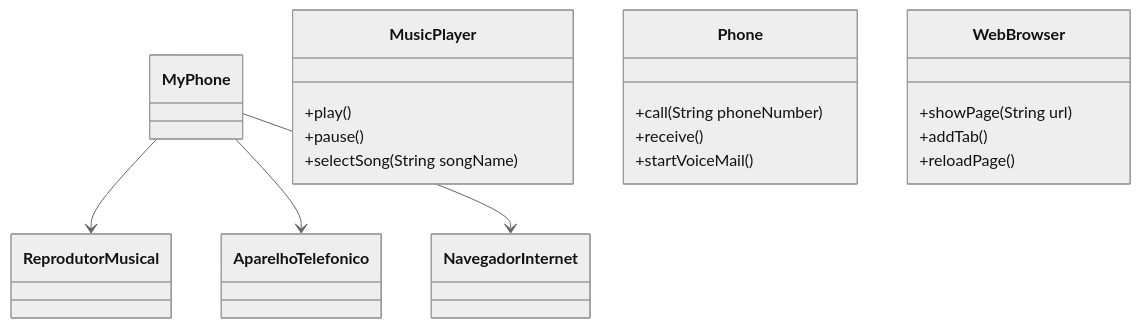
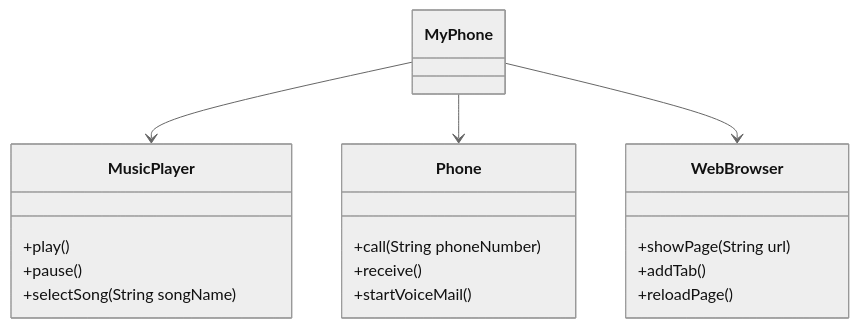
One commit to nadjiel/java-studies changed the diagram in src/main/java/dev/java_studies/my_phone/README.md. Above: the diagram before and after it, drawn with Mermaid (neutral theme).

Commit message:
:books: (MyPhone) fixed error in README

````diff
--- a/src/main/java/dev/java_studies/my_phone/README.md
+++ b/src/main/java/dev/java_studies/my_phone/README.md
@@ -5,28 +5,28 @@
 ```mermaid
 classDiagram
 
     class MyPhone {
     }
 
-    MyPhone --> ReprodutorMusical
-    MyPhone --> AparelhoTelefonico
-    MyPhone --> NavegadorInternet
+    MyPhone --> MusicPlayer
+    MyPhone --> Phone
+    MyPhone --> WebBrowser
     
     class MusicPlayer {
         +play()
         +pause()
         +selectSong(String songName)
     }
 
     class Phone {
         +call(String phoneNumber)
         +receive()
         +startVoiceMail()
     }
 
     class WebBrowser {
         +showPage(String url)
         +addTab()
         +reloadPage()
     }
 ```
````
